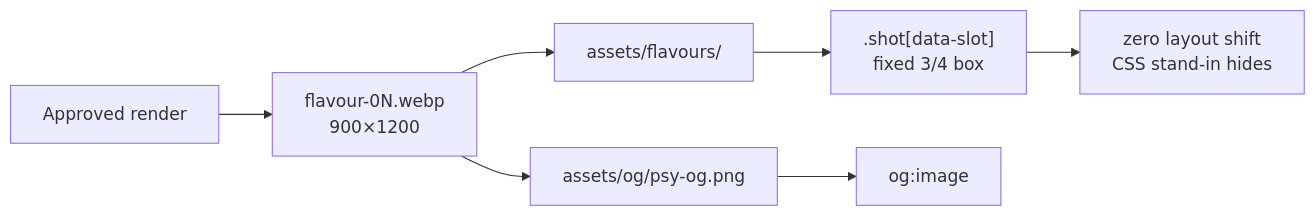
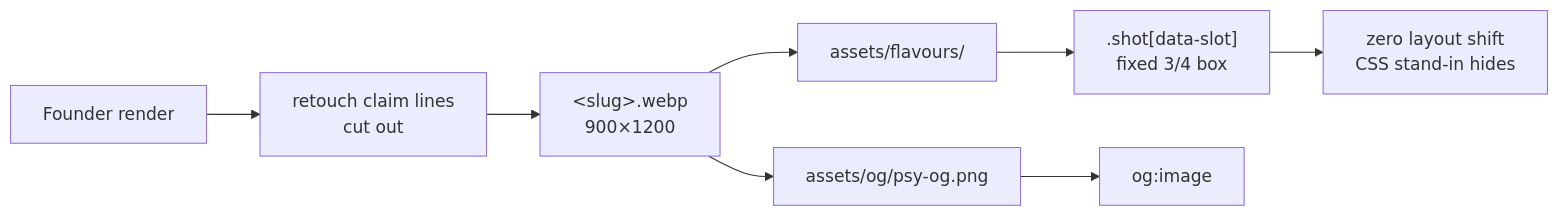
One commit to Sanskaari69/psy-fibre changed the third of 3 diagrams in README.md. Above: the diagram before and after it, drawn with Mermaid. The commit also changed other lines of this file and 10 other files, not shown here.

First line of the commit message:
Add founder pack renders: lineup scene and three flavour stills

````diff
--- a/README.md
+++ b/README.md
@@ -42,5 +42,5 @@
 ```mermaid
 flowchart LR
-  RN["Approved render"] --> WP["flavour-0N.webp<br/>900×1200"] --> D["assets/flavours/"] --> SL[".shot[data-slot]<br/>fixed 3/4 box"] --> NS["zero layout shift<br/>CSS stand-in hides"]
+  RN["Founder render"] --> RT["retouch claim lines<br/>cut out"] --> WP["&lt;slug&gt;.webp<br/>900×1200"] --> D["assets/flavours/"] --> SL[".shot[data-slot]<br/>fixed 3/4 box"] --> NS["zero layout shift<br/>CSS stand-in hides"]
   WP --> OG["assets/og/psy-og.png"] --> MT["og:image"]
 ```
````
